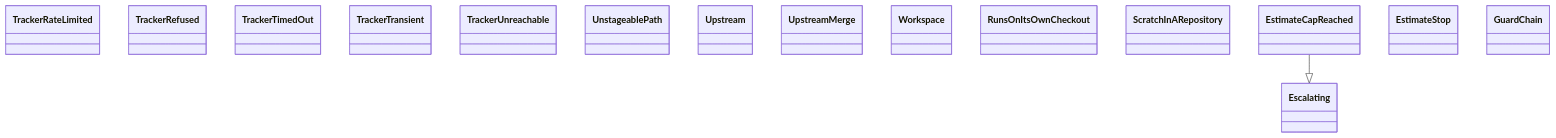
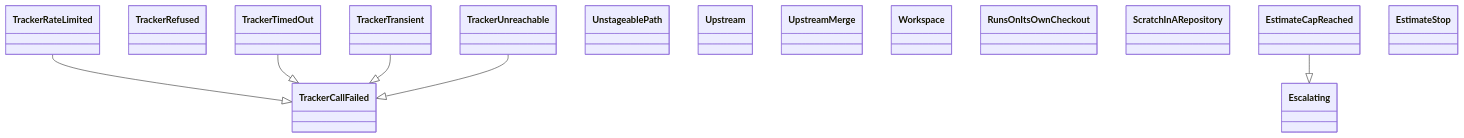
One commit to GonzaloZevallos/agentic-system changed the diagram in docs/architecture/generated/classes-process-application-support-7.md. Above: the diagram before and after it, drawn with Mermaid. The commit also changed other lines of this file and 23 other files, not shown here.

````diff
--- a/docs/architecture/generated/classes-process-application-support-7.md
+++ b/docs/architecture/generated/classes-process-application-support-7.md
@@ -20,19 +20,23 @@
 ```mermaid
 classDiagram
+    class ports__TrackerCallFailed["TrackerCallFailed"]
     class ports__TrackerRateLimited["TrackerRateLimited"]
     class ports__TrackerRefused["TrackerRefused"]
     class ports__TrackerTimedOut["TrackerTimedOut"]
     class ports__TrackerTransient["TrackerTransient"]
     class ports__TrackerUnreachable["TrackerUnreachable"]
     class ports__UnstageablePath["UnstageablePath"]
     class ports__Upstream["Upstream"]
     class ports__UpstreamMerge["UpstreamMerge"]
     class ports__Workspace["Workspace"]
     class preflight__RunsOnItsOwnCheckout["RunsOnItsOwnCheckout"]
     class preflight__ScratchInARepository["ScratchInARepository"]
     class run_role__Escalating["Escalating"]
     class run_role__EstimateCapReached["EstimateCapReached"]
     class run_role__EstimateStop["EstimateStop"]
-    class run_role__GuardChain["GuardChain"]
+    ports__TrackerRateLimited --|> ports__TrackerCallFailed
+    ports__TrackerTimedOut --|> ports__TrackerCallFailed
+    ports__TrackerTransient --|> ports__TrackerCallFailed
+    ports__TrackerUnreachable --|> ports__TrackerCallFailed
     run_role__EstimateCapReached --|> run_role__Escalating
 ```
````
